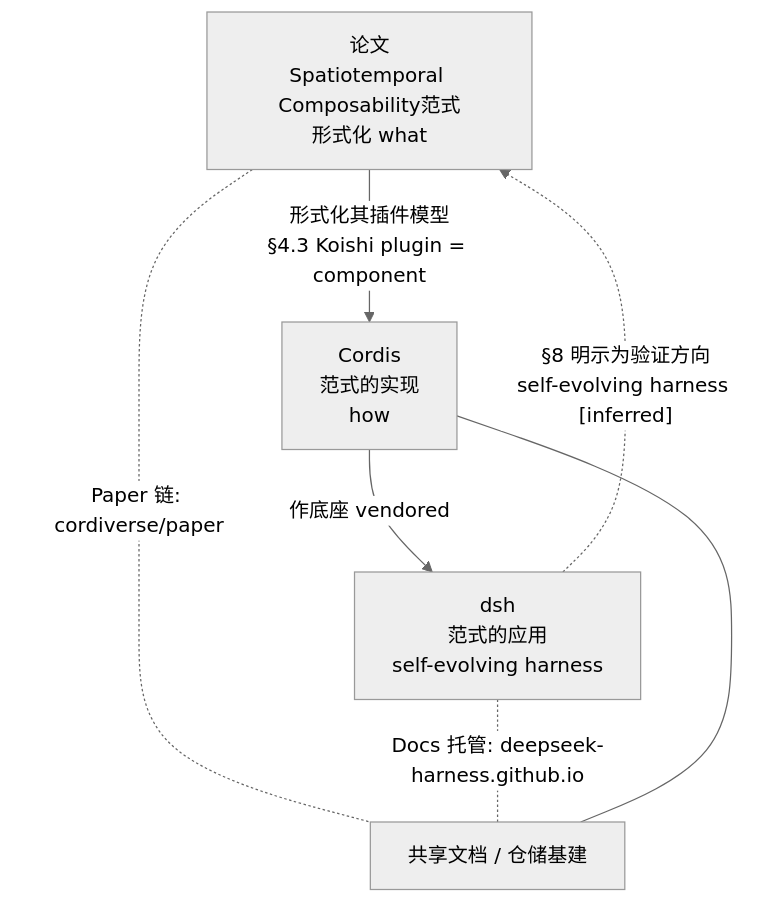
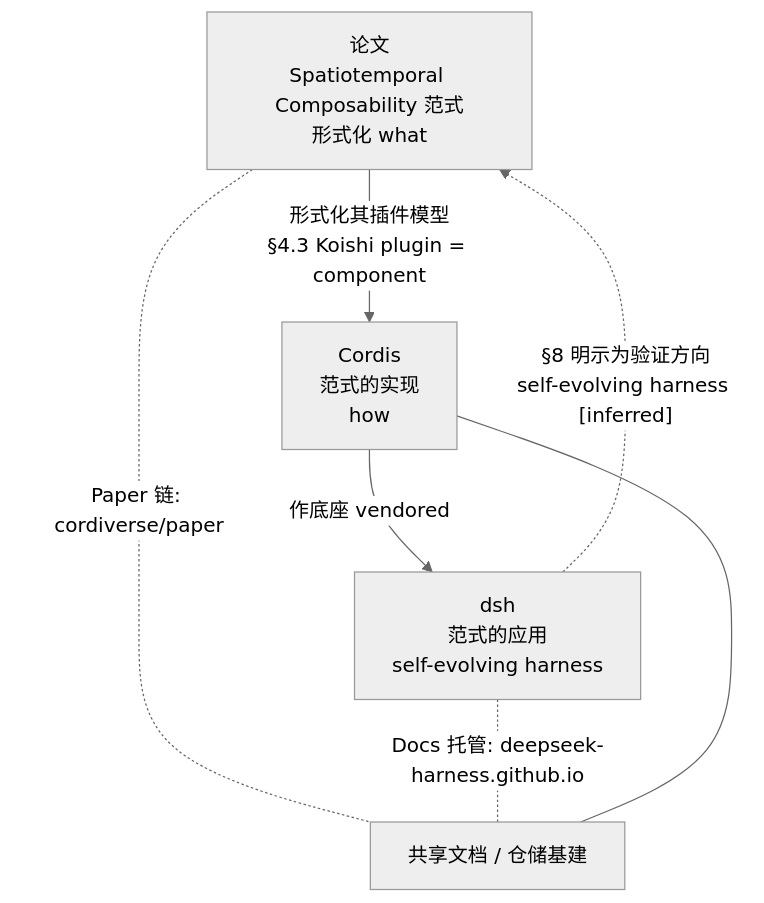
Before and after one commit to xiaonancs/deepseek-harness-deep-dive: the fourth of 4 diagrams in Part V Cordis Deep Dive/29-Cordis-Koishi-dsh关系.md, drawn with Mermaid. The commit also changed 21 other files, not shown here.

Commit message:
Polish prose against paper PDF; fix Ch23 section/figure numbers and 总纲 part list

````diff
--- a/Part V Cordis Deep Dive/29-Cordis-Koishi-dsh关系.md
+++ b/Part V Cordis Deep Dive/29-Cordis-Koishi-dsh关系.md
@@ -135,13 +135,13 @@
 ```mermaid
 %%{init: {'theme':'neutral'}}%%
 flowchart TB
-  PAPER["论文<br/>Spatiotemporal Composability范式<br/>形式化 what"]
+  PAPER["论文<br/>Spatiotemporal Composability 范式<br/>形式化 what"]
   CORDIS["Cordis<br/>范式的实现<br/>how"]
   DSH["dsh<br/>范式的应用<br/>self-evolving harness"]
   PAPER -- "形式化其插件模型<br/>§4.3 Koishi plugin = component" --> CORDIS
   CORDIS -- "作底座 vendored" --> DSH
   DSH -. "§8 明示为验证方向<br/>self-evolving harness [inferred]" .-> PAPER
   PAPER -. "Paper 链: cordiverse/paper" .- HOST
   DSH -. "Docs 托管: deepseek-harness.github.io" .- HOST["共享文档 / 仓储基建"]
   CORDIS --- HOST
 ```
````
